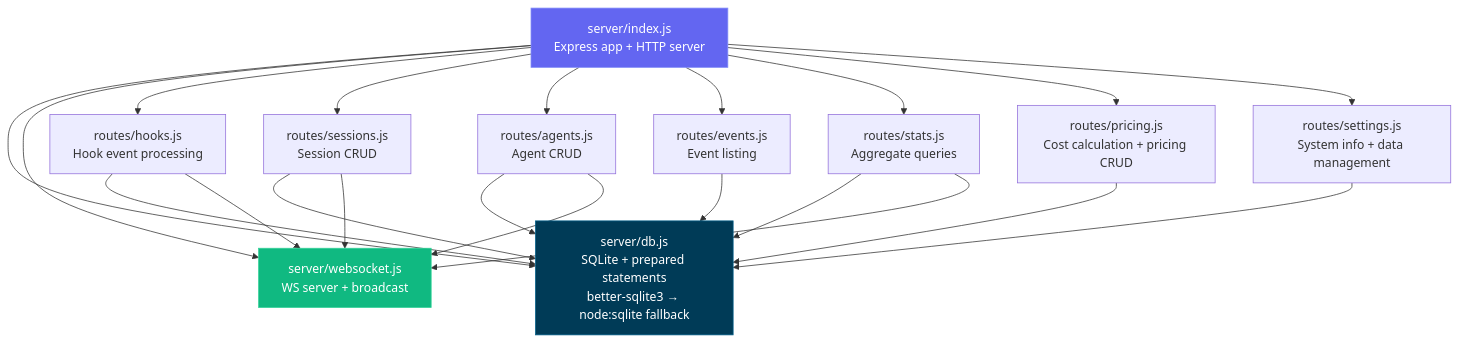
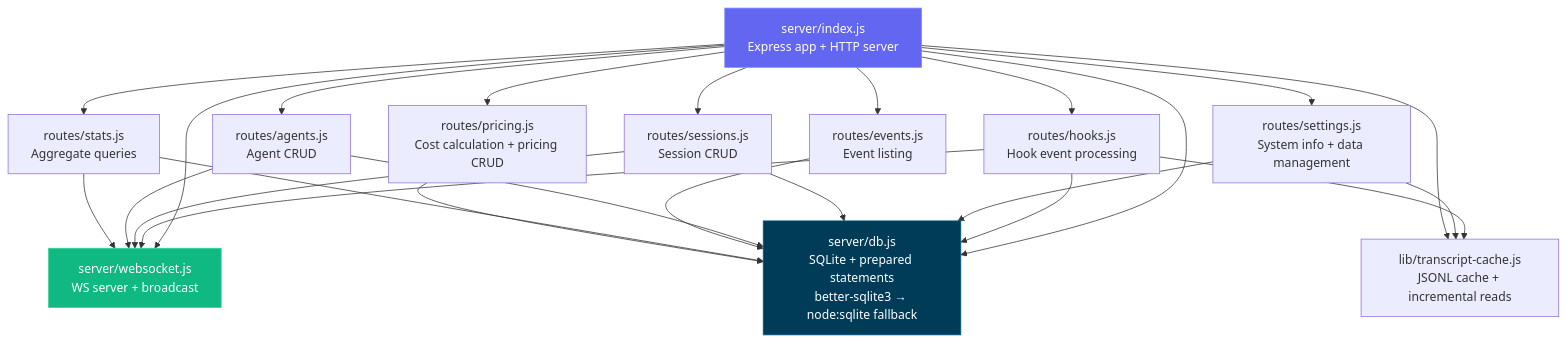
The fifth of 26 diagrams in ARCHITECTURE.md (StrainReviews/Claude-Code-Agent-Monitor), drawn with Mermaid before and after one commit. The commit also changed other lines of this file and 12 other files, not shown here.

First line of the commit message:
feat: add stat-based transcript JSONL cache with incremental reads and session reactivation logic

````diff
--- a/ARCHITECTURE.md
+++ b/ARCHITECTURE.md
@@ -213,29 +213,31 @@
 ```mermaid
 graph TD
     INDEX[server/index.js<br/>Express app + HTTP server]
     DB[server/db.js<br/>SQLite + prepared statements<br/>better-sqlite3 → node:sqlite fallback]
     WS[server/websocket.js<br/>WS server + broadcast]
     HOOKS[routes/hooks.js<br/>Hook event processing]
+    TC[lib/transcript-cache.js<br/>JSONL cache + incremental reads]
     SESSIONS[routes/sessions.js<br/>Session CRUD]
     AGENTS[routes/agents.js<br/>Agent CRUD]
     EVENTS[routes/events.js<br/>Event listing]
     STATS[routes/stats.js<br/>Aggregate queries]
     PRICING[routes/pricing.js<br/>Cost calculation + pricing CRUD]
     SETTINGS[routes/settings.js<br/>System info + data management]
 
     INDEX --> DB
     INDEX --> WS
     INDEX --> HOOKS & SESSIONS & AGENTS & EVENTS & STATS & PRICING & SETTINGS
 
-    HOOKS --> DB & WS
+    HOOKS --> DB & WS & TC
+    SETTINGS --> DB & TC
+    INDEX --> TC
     SESSIONS --> DB & WS
     AGENTS --> DB & WS
     EVENTS --> DB
     STATS --> DB & WS
     PRICING --> DB
-    SETTINGS --> DB
 
     style INDEX fill:#6366f1,stroke:#818cf8,color:#fff
     style DB fill:#003B57,stroke:#005f8a,color:#fff
     style WS fill:#10b981,stroke:#34d399,color:#fff
 ```
````
